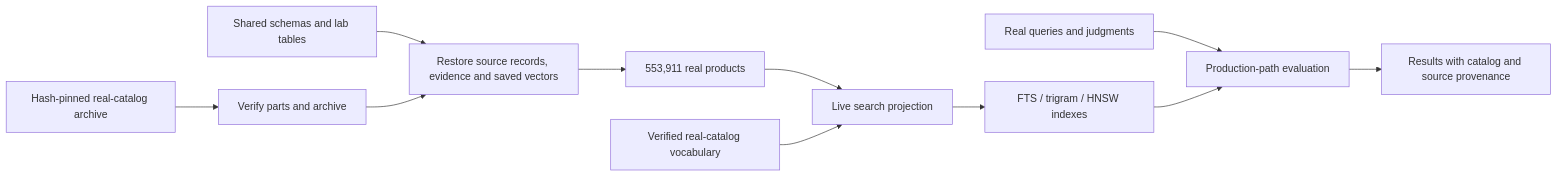
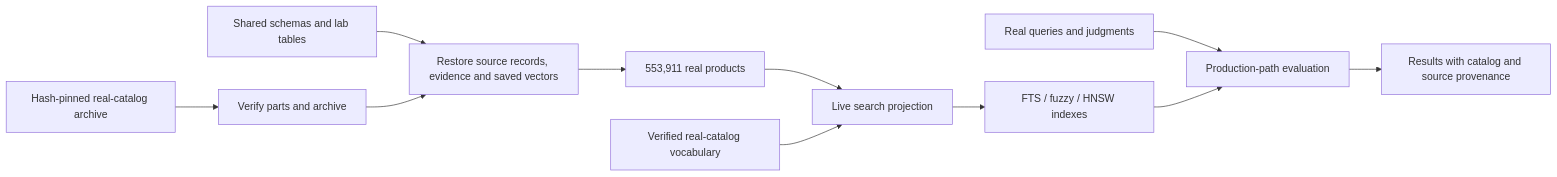
The second of 2 diagrams in docs/architecture.md (aws-samples/sample-agentic-hybrid-retrieval-aurora-postgresql), drawn with Mermaid before and after one commit. The commit also changed other lines of this file and 27 other files, not shown here.

````diff
--- a/docs/architecture.md
+++ b/docs/architecture.md
@@ -73,13 +73,13 @@
 ```mermaid
 flowchart LR
     A[Hash-pinned real-catalog archive] --> VERIFY[Verify parts and archive]
     SCHEMA[Shared schemas and lab tables] --> RESTORE[Restore source records, evidence and saved vectors]
     VERIFY --> RESTORE
     RESTORE --> P[553,911 real products]
     P --> V[Live search projection]
-    V --> I[FTS / trigram / HNSW indexes]
+    V --> I[FTS / fuzzy / HNSW indexes]
     VOCAB[Verified real-catalog vocabulary] --> V
     Q[Real queries and judgments] --> RUN[Production-path evaluation]
     I --> RUN
     RUN --> M[Results with catalog and source provenance]
 ```
````
